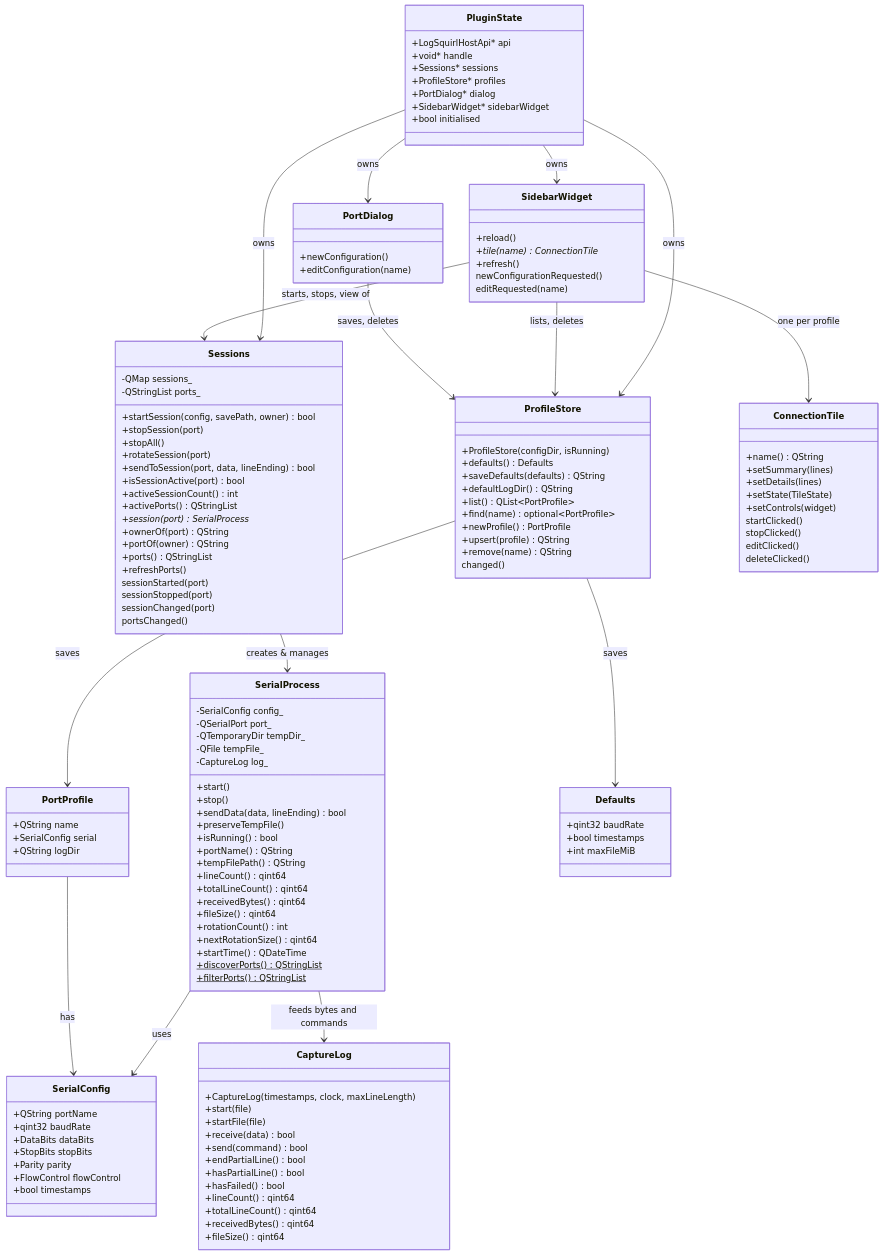
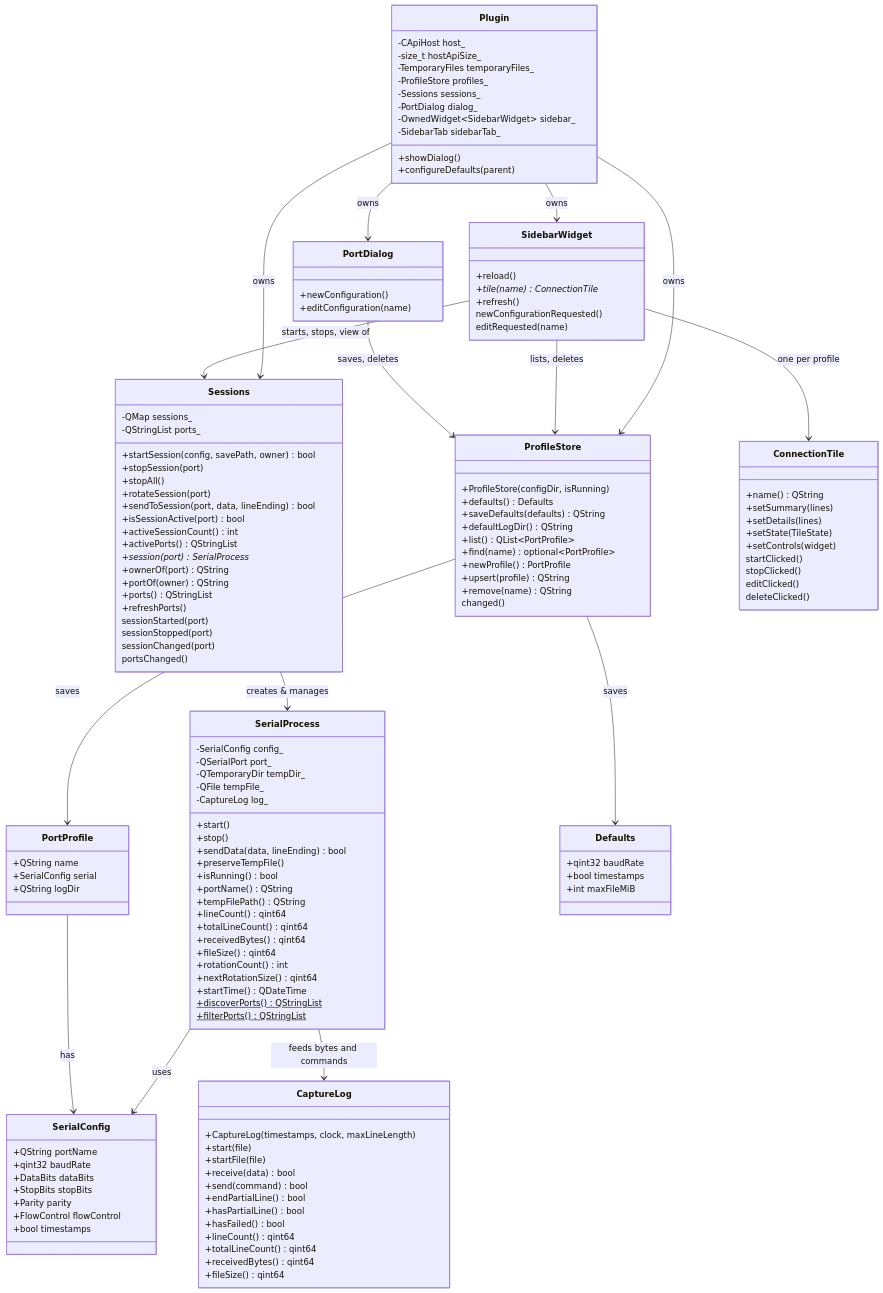
One commit to 64x-lunicorn/LogSquirl-Serial changed the second of 2 diagrams in docs/DEVELOPER_GUIDE.md. Above: the diagram before and after it, drawn with Mermaid. The commit also changed other lines of this file and 4 other files, not shown here.

````diff
--- a/docs/DEVELOPER_GUIDE.md
+++ b/docs/DEVELOPER_GUIDE.md
@@ -65,13 +65,16 @@
 ```mermaid
 classDiagram
-    class PluginState {
-        +LogSquirlHostApi* api
-        +void* handle
-        +Sessions* sessions
-        +ProfileStore* profiles
-        +PortDialog* dialog
-        +SidebarWidget* sidebarWidget
-        +bool initialised
+    class Plugin {
+        -CApiHost host_
+        -size_t hostApiSize_
+        -TemporaryFiles temporaryFiles_
+        -ProfileStore profiles_
+        -Sessions sessions_
+        -PortDialog dialog_
+        -OwnedWidget~SidebarWidget~ sidebar_
+        -SidebarTab sidebarTab_
+        +showDialog()
+        +configureDefaults(parent)
     }
 
     class SerialConfig {
@@ -205,8 +208,8 @@
     SidebarWidget --> Sessions : starts, stops, view of
     SerialProcess --> SerialConfig : uses
     SerialProcess --> CaptureLog : feeds bytes and commands
-    PluginState --> Sessions : owns
-    PluginState --> ProfileStore : owns
-    PluginState --> PortDialog : owns
-    PluginState --> SidebarWidget : owns
+    Plugin --> Sessions : owns
+    Plugin --> ProfileStore : owns
+    Plugin --> PortDialog : owns
+    Plugin --> SidebarWidget : owns
 ```
````
